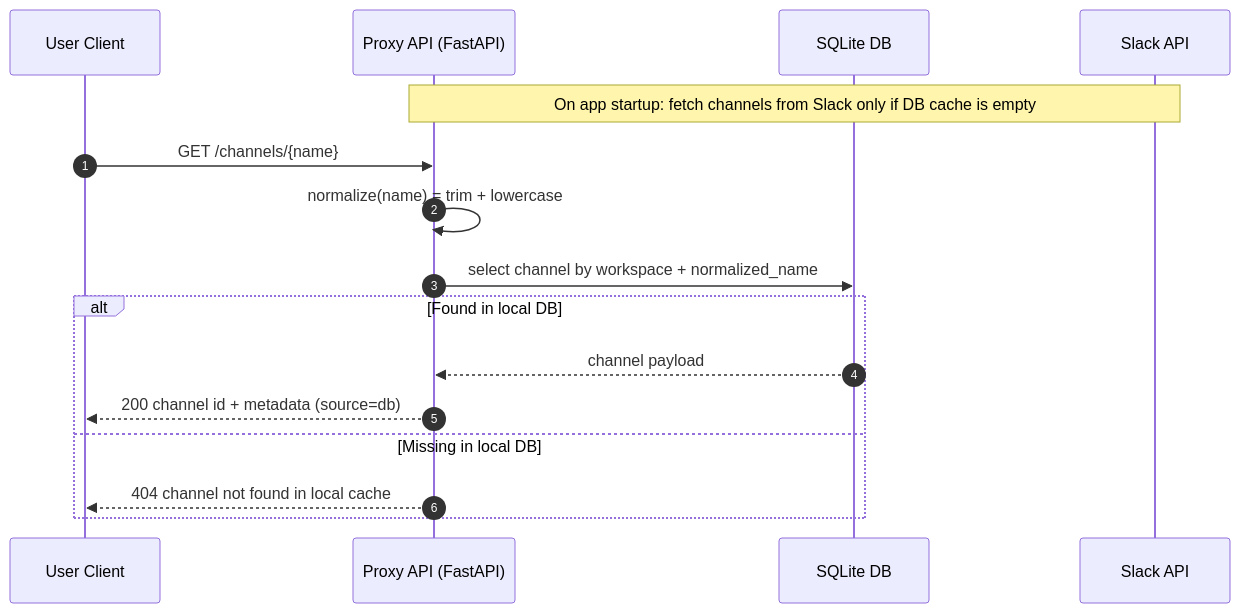
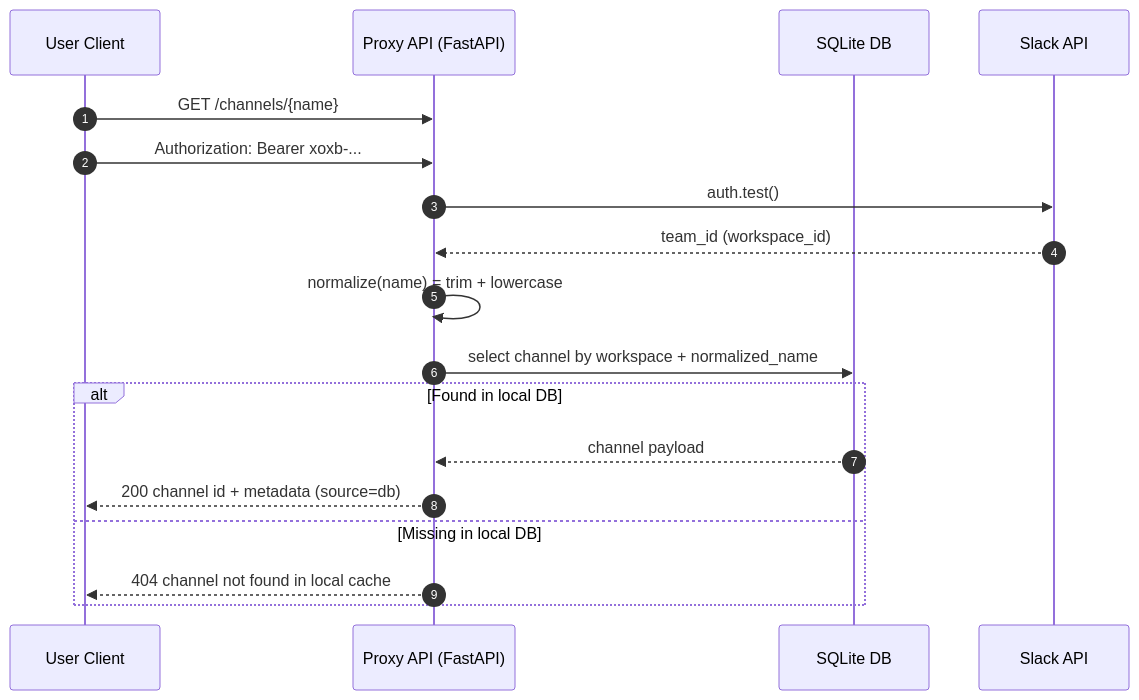
The first of 4 diagrams in flow.md (jha-hitesh/slack-channels-proxy), drawn with Mermaid before and after one commit. The commit also changed other lines of this file and 18 other files, not shown here.

````diff
--- a/flow.md
+++ b/flow.md
@@ -4,20 +4,21 @@
 ```mermaid
 sequenceDiagram
   autonumber
   participant U as User Client
   participant P as Proxy API (FastAPI)
   participant D as SQLite DB
   participant S as Slack API
 
-  Note over P,S: On app startup: fetch channels from Slack only if DB cache is empty
-
   U->>P: GET /channels/{name}
+  U->>P: Authorization: Bearer xoxb-...
+  P->>S: auth.test()
+  S-->>P: team_id (workspace_id)
   P->>P: normalize(name) = trim + lowercase
   P->>D: select channel by workspace + normalized_name
   alt Found in local DB
     D-->>P: channel payload
     P-->>U: 200 channel id + metadata (source=db)
   else Missing in local DB
     P-->>U: 404 channel not found in local cache
   end
 ```
````
